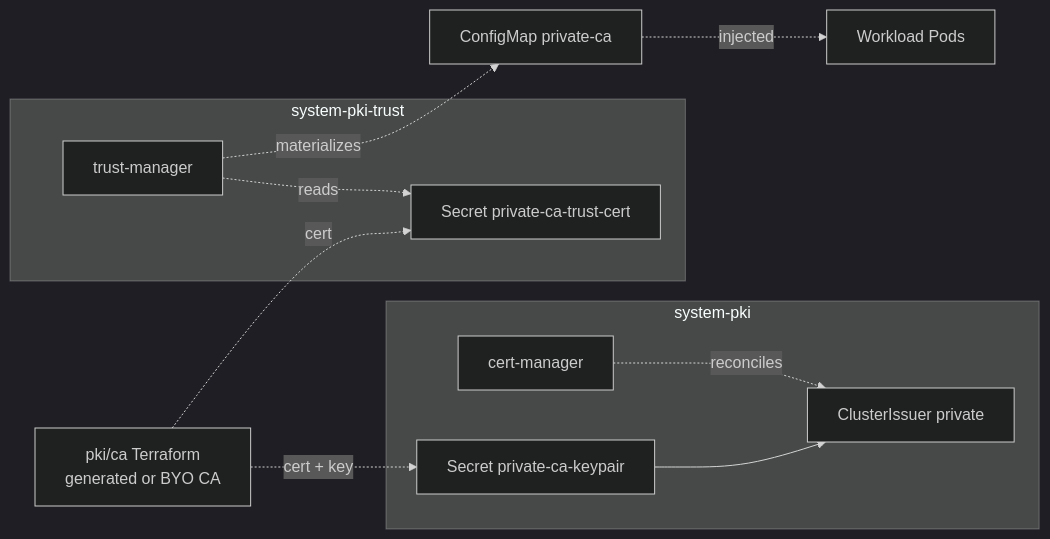
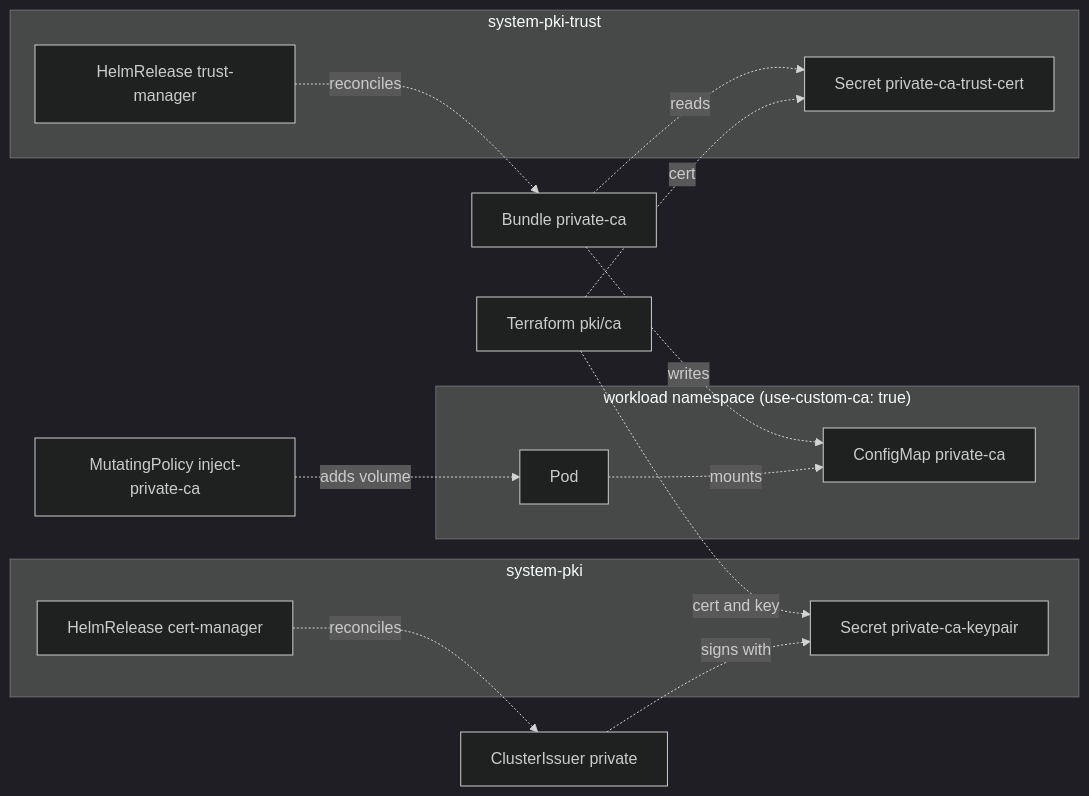
Before and after one commit to windsorcli/core: the fourth of 4 diagrams in kustomize/pki/README.md, drawn with Mermaid (dark theme). The commit also changed other lines of this file and 35 other files, not shown here.

````diff
--- a/kustomize/pki/README.md
+++ b/kustomize/pki/README.md
@@ -139,26 +136,33 @@
 ```mermaid
 flowchart LR
-  tf[pki/ca Terraform<br/>generated or BYO CA]
+  tf[Terraform pki/ca]
 
   subgraph systempki[system-pki]
-    cm[cert-manager]
+    cm[HelmRelease cert-manager]
     keypair[Secret private-ca-keypair]
-    ca[ClusterIssuer private]
   end
 
   subgraph systempkitrust[system-pki-trust]
-    tm[trust-manager]
-    trust[Secret private-ca-trust-cert]
+    tm[HelmRelease trust-manager]
+    trustcert[Secret private-ca-trust-cert]
   end
 
-  bundle[ConfigMap private-ca]
-  workloads[Workload Pods]
+  issuer[ClusterIssuer private]
+  bundle[Bundle private-ca]
+  policy[MutatingPolicy inject-private-ca]
 
-  tf -.cert + key.-> keypair
-  tf -.cert.-> trust
-  keypair --> ca
-  cm -.reconciles.-> ca
-  tm -.reads.-> trust
-  tm -.materializes.-> bundle
-  bundle -.injected.-> workloads
+  subgraph workloadns["workload namespace (use-custom-ca: true)"]
+    cmap[ConfigMap private-ca]
+    pod[Pod]
+  end
+
+  tf -.cert and key.-> keypair
+  tf -.cert.-> trustcert
+  cm -.reconciles.-> issuer
+  issuer -.signs with.-> keypair
+  tm -.reconciles.-> bundle
+  bundle -.reads.-> trustcert
+  bundle -.writes.-> cmap
+  policy -.adds volume.-> pod
+  pod -.mounts.-> cmap
 ```
````
